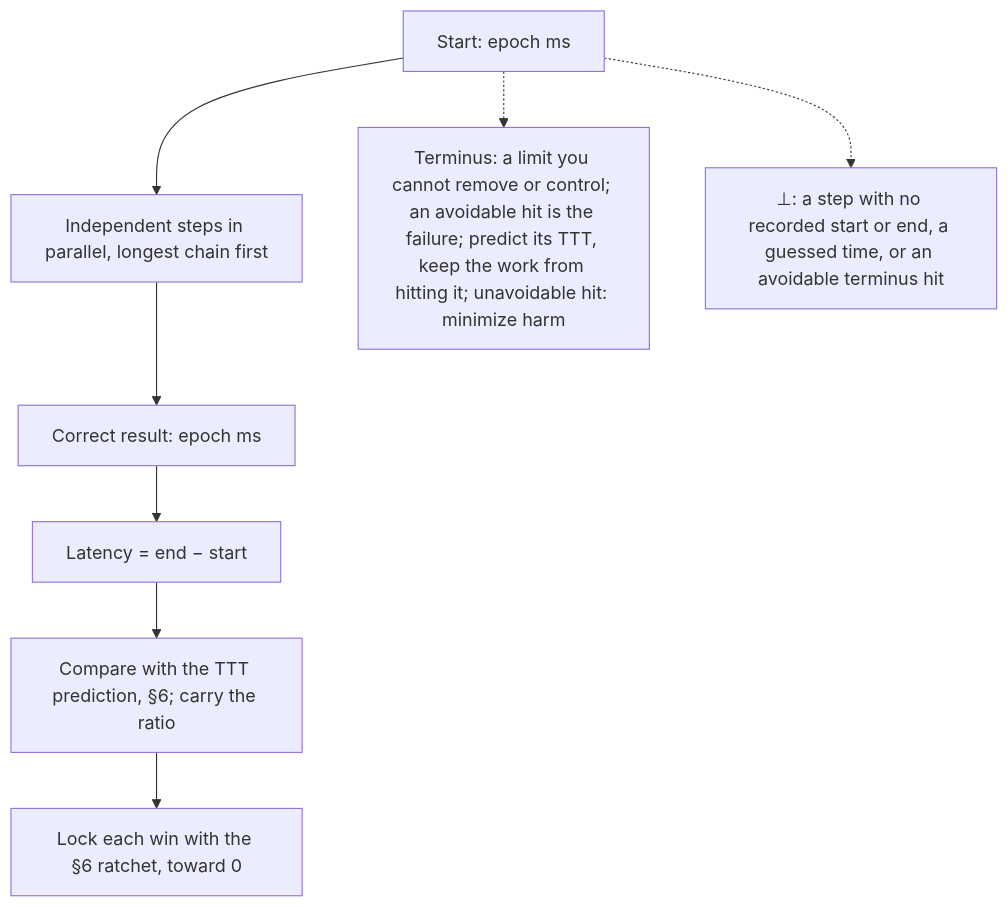
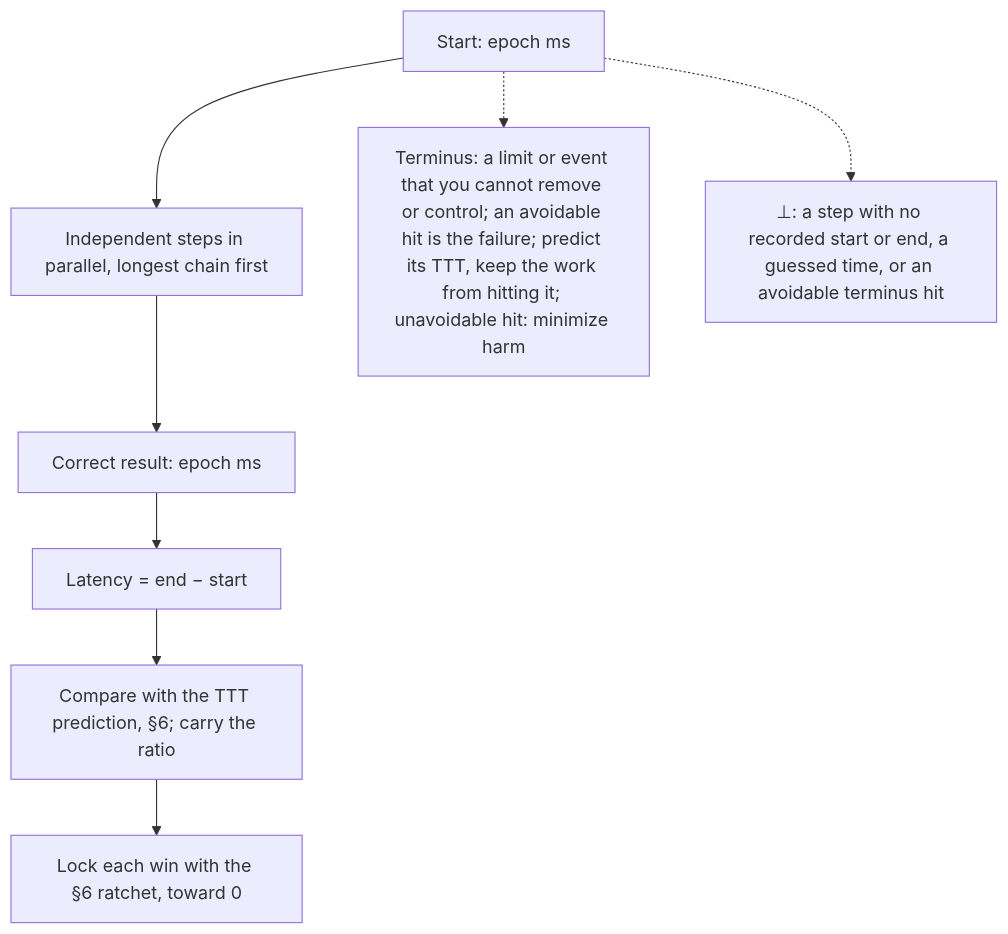
The eighth of 14 diagrams in AGENTS.md (SolenixAI/arbiter), drawn with Mermaid before and after one commit. The commit also changed other lines of this file and 2 other files, not shown here.

Commit message:
fix(agents): noise and tₙ defined; data vs value, score vs rate, one meaning each; frontier is the edge of the known; a terminus is a limit or event; active voice; pointers fixed

````diff
--- a/AGENTS.md
+++ b/AGENTS.md
@@ -305,7 +305,7 @@
 ```mermaid
 flowchart TD
   S["Start: epoch ms"] --> P["Independent steps in parallel, longest chain first"] --> R["Correct result: epoch ms"] --> L["Latency = end − start"]
   L --> C["Compare with the TTT prediction, §6; carry the ratio"] --> FB["Lock each win with the §6 ratchet, toward 0"]
-  S -.-> TM["Terminus: a limit you cannot remove or control; an avoidable hit is the failure; predict its TTT, keep the work from hitting it; unavoidable hit: minimize harm"]
+  S -.-> TM["Terminus: a limit or event that you cannot remove or control; an avoidable hit is the failure; predict its TTT, keep the work from hitting it; unavoidable hit: minimize harm"]
   S -.-> BOT["⊥: a step with no recorded start or end, a guessed time, or an avoidable terminus hit"]
 ```
````
